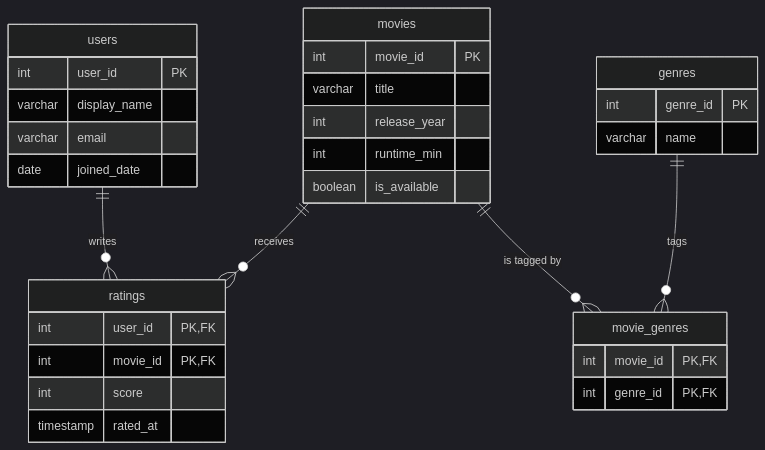
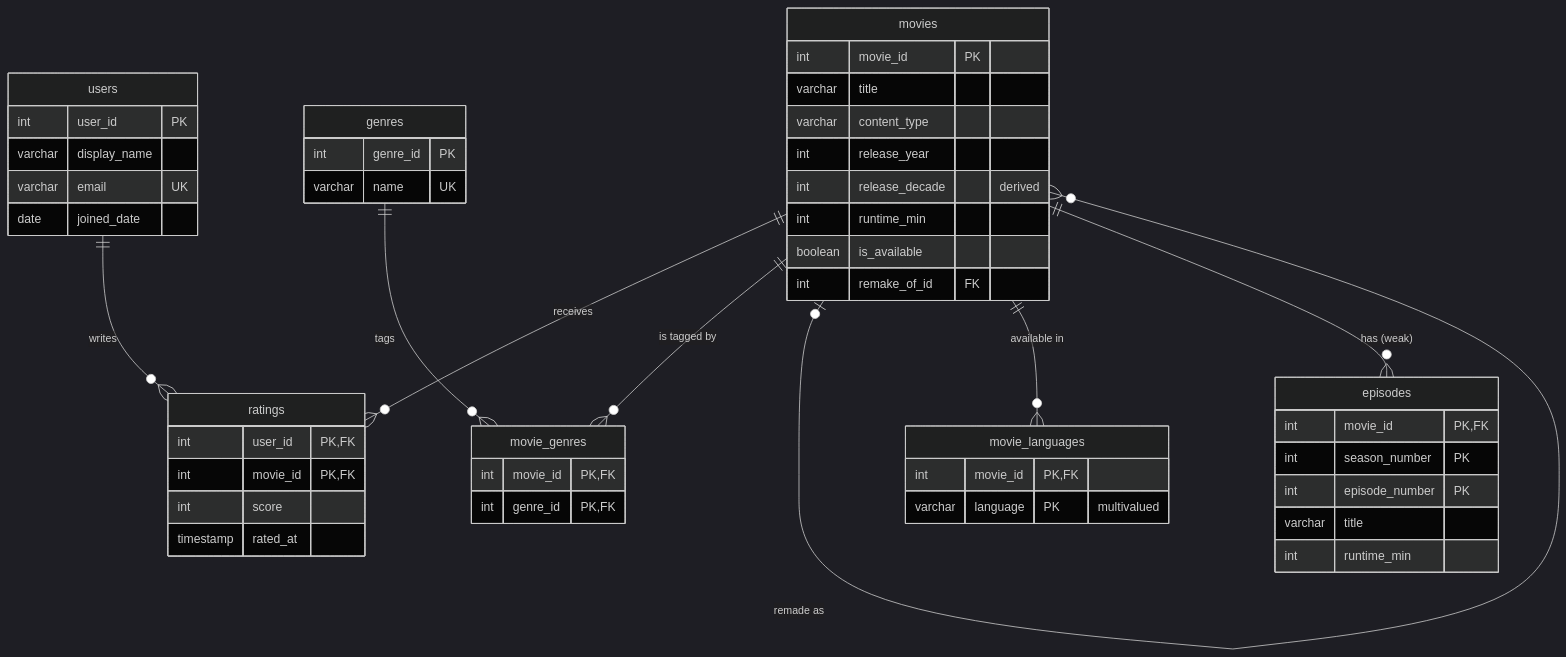
The diagram in schema/erd.mmd (sinanrah/ex603-movie-database), drawn with Mermaid (dark theme) before and after one commit. The commit also changed 1 other file, not shown here.

Commit message:
Update ERD for Unit 2 changes

```diff
--- a/schema/erd.mmd
+++ b/schema/erd.mmd
@@ -1,33 +1,50 @@
 erDiagram
     users {
         int user_id PK
         varchar display_name
-        varchar email
+        varchar email UK
         date joined_date
     }
     movies {
         int movie_id PK
         varchar title
+        varchar content_type
         int release_year
+        int release_decade "derived"
         int runtime_min
         boolean is_available
+        int remake_of_id FK
     }
     ratings {
         int user_id PK,FK
         int movie_id PK,FK
         int score
         timestamp rated_at
     }
     genres {
         int genre_id PK
-        varchar name
+        varchar name UK
     }
     movie_genres {
         int movie_id PK,FK
         int genre_id PK,FK
     }
+    movie_languages {
+        int movie_id PK,FK
+        varchar language PK "multivalued"
+    }
+    episodes {
+        int movie_id PK,FK
+        int season_number PK
+        int episode_number PK
+        varchar title
+        int runtime_min
+    }
 
-    users     ||--o{ ratings      : "writes"
-    movies    ||--o{ ratings      : "receives"
-    movies    ||--o{ movie_genres : "is tagged by"
-    genres    ||--o{ movie_genres : "tags"
+    users     ||--o{ ratings         : "writes"
+    movies    ||--o{ ratings         : "receives"
+    movies    ||--o{ movie_genres    : "is tagged by"
+    genres    ||--o{ movie_genres    : "tags"
+    movies    |o--o{ movies          : "remade as"
+    movies    ||--o{ movie_languages : "available in"
+    movies    ||--o{ episodes        : "has (weak)"
```
